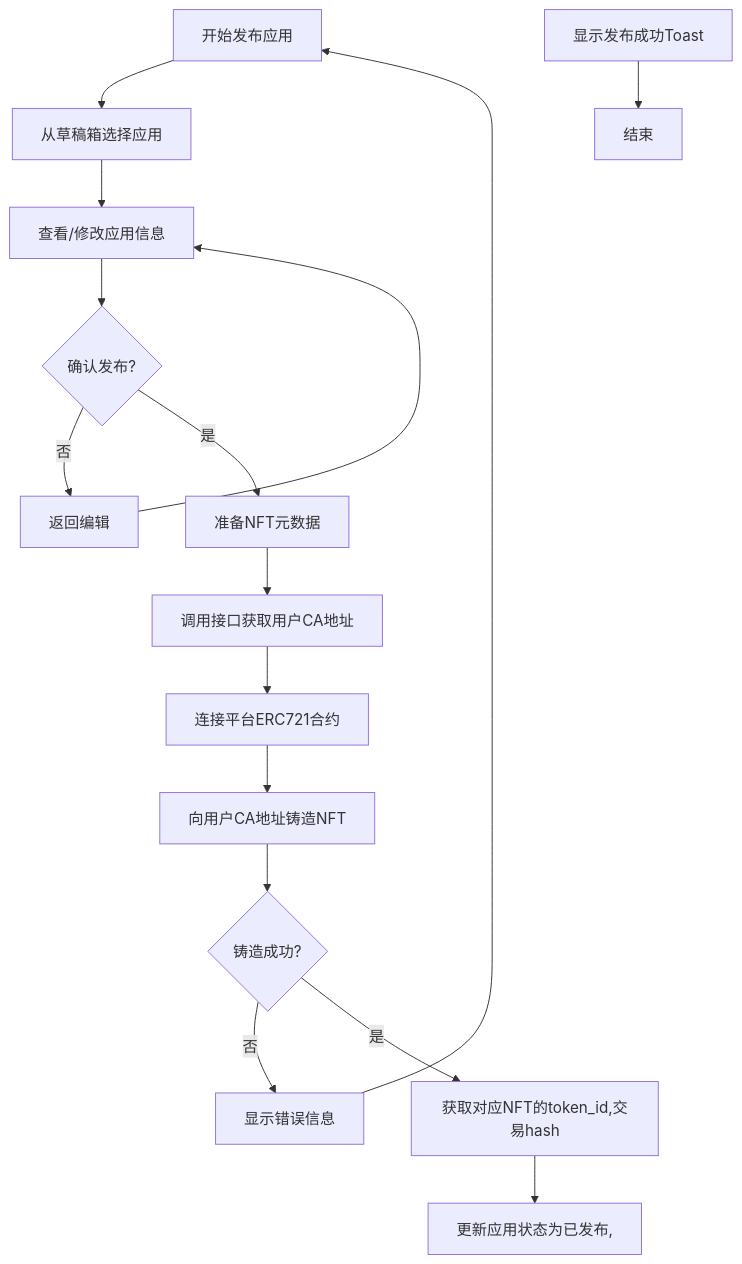
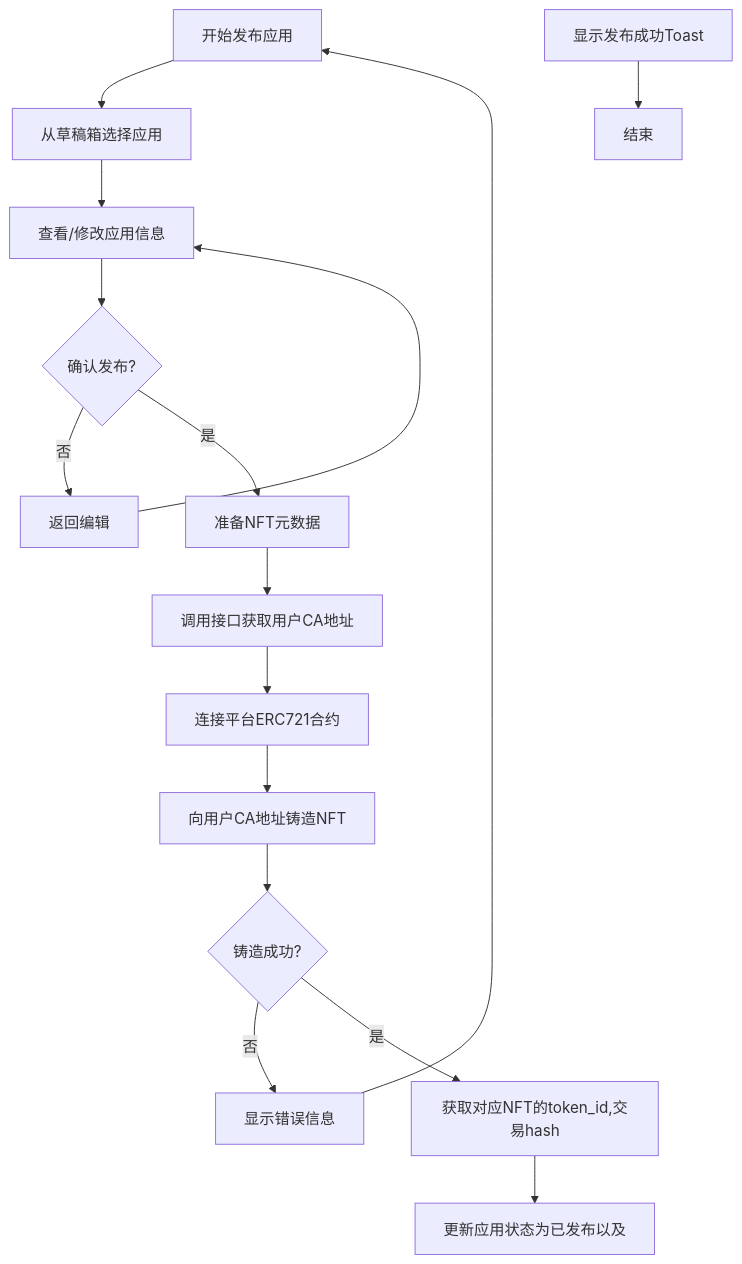
One commit to yingjianzh/iodraw-files changed the diagram in all/未命名-66.md. Above: the diagram before and after it, drawn with Mermaid.

Commit message:
2025-05-27 11:26:14 update

````diff
--- a/all/未命名-66.md
+++ b/all/未命名-66.md
@@ -1,21 +1,21 @@
 ```mermaid
 
 flowchart TD
     A[开始发布应用] --> B[从草稿箱选择应用]
     B --> C[查看/修改应用信息]
     C --> D{确认发布?}
     D -->|否| E[返回编辑]
     E --> C
     D -->|是| F[准备NFT元数据]
     F --> G[调用接口获取用户CA地址]
     G --> H[连接平台ERC721合约]
     H --> I[向用户CA地址铸造NFT]
     I --> J{铸造成功?}
     J -->|否| K[显示错误信息]
     K --> A
     J -->|是| L[获取对应NFT的token_id,交易hash]
-    L --> M[更新应用状态为已发布,]
+    L --> M[更新应用状态为已发布以及]
     O[显示发布成功Toast]
     O --> P[结束]
 
 ```
````
